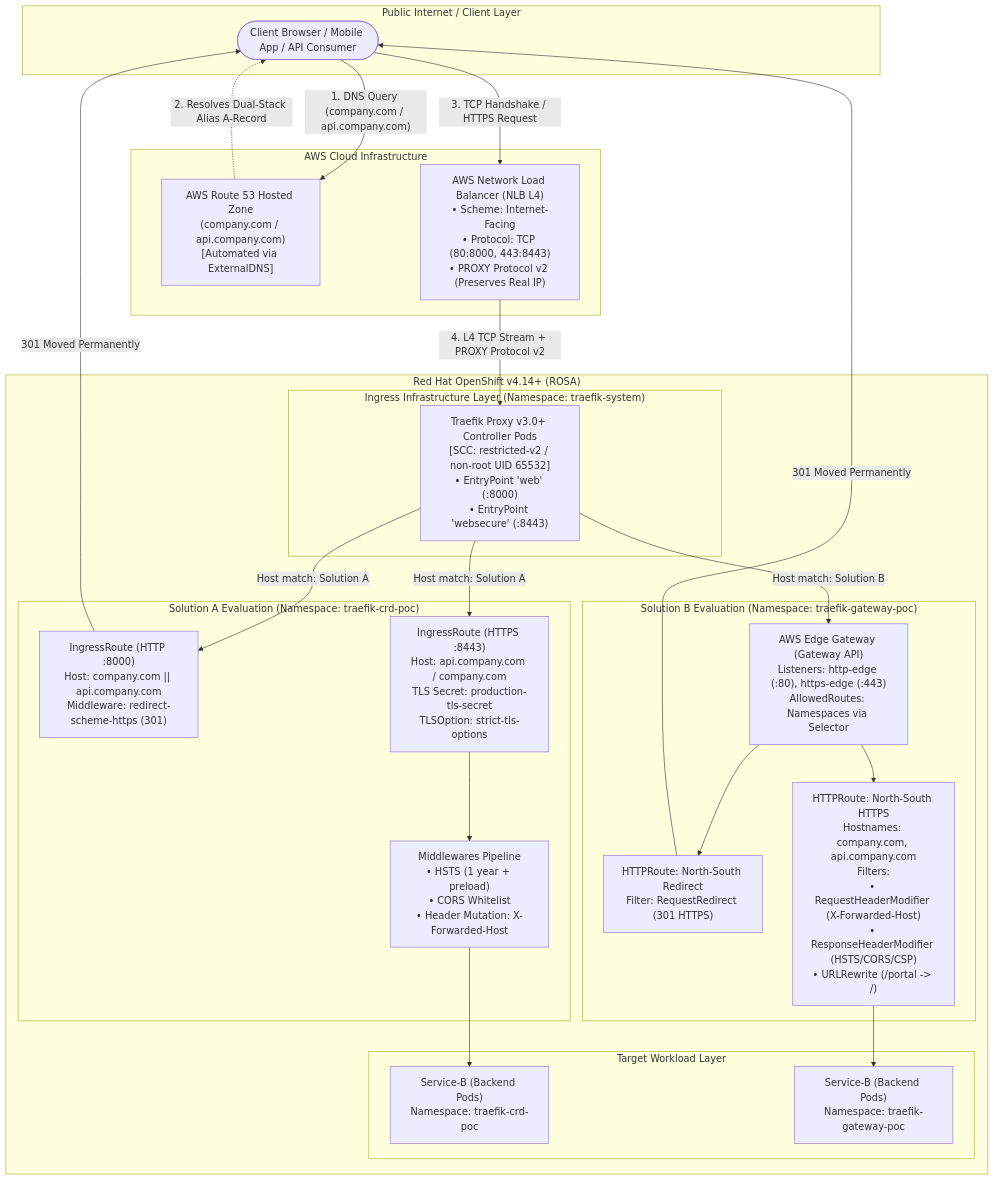
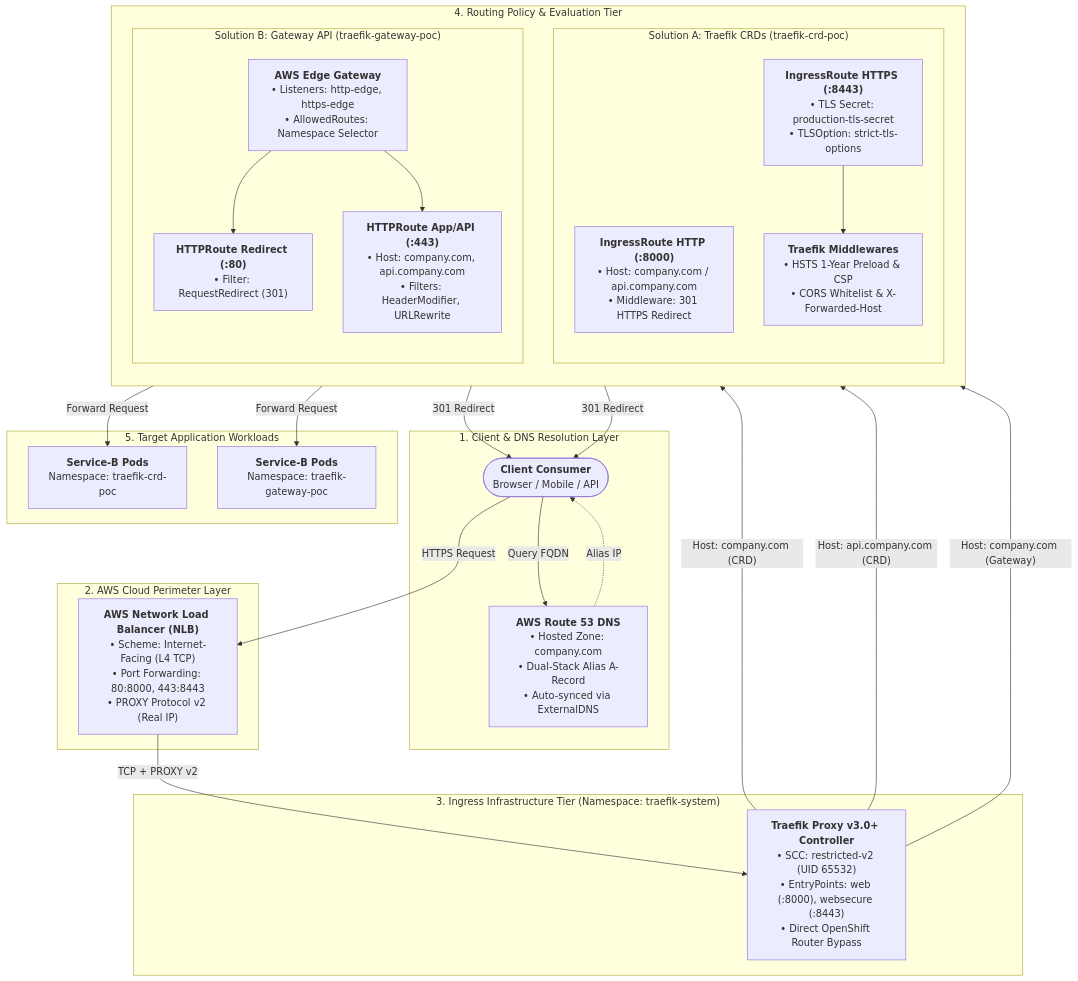
The first of 2 diagrams in README.md (nubenetes/traefik-fqdn-management-poc-openshift-aws), drawn with Mermaid before and after one commit. The commit also changed other lines of this file, not shown here.

Commit message:
fix(mermaid): harmonize all repo Mermaid diagrams with tiered responsive layouts and no text clipping

````diff
--- a/README.md
+++ b/README.md
@@ -102,51 +102,55 @@
 ```mermaid
 flowchart TD
-    subgraph Internet ["Public Internet / Client Layer"]
-        User(["Client Browser / Mobile App / API Consumer"])
+    subgraph Client_Layer ["1. Client & DNS Resolution Layer"]
+        User(["<b>Client Consumer</b><br/>Browser / Mobile / API"])
+        R53["<b>AWS Route 53 DNS</b><br/>• Hosted Zone: company.com<br/>• Dual-Stack Alias A-Record<br/>• Auto-synced via ExternalDNS"]
     end
 
-    subgraph AWS_Cloud ["AWS Cloud Infrastructure"]
-        R53["AWS Route 53 Hosted Zone<br/>(company.com / api.company.com)<br/>[Automated via ExternalDNS]"]
-        NLB["AWS Network Load Balancer (NLB L4)<br/>• Scheme: Internet-Facing<br/>• Protocol: TCP (80:8000, 443:8443)<br/>• PROXY Protocol v2 (Preserves Real IP)"]
+    subgraph AWS_Edge ["2. AWS Cloud Perimeter Layer"]
+        NLB["<b>AWS Network Load Balancer (NLB)</b><br/>• Scheme: Internet-Facing (L4 TCP)<br/>• Port Forwarding: 80:8000, 443:8443<br/>• PROXY Protocol v2 (Real IP)"]
     end
 
-    subgraph OpenShift_Cluster ["Red Hat OpenShift v4.14+ (ROSA)"]
-        subgraph Ingress_Tier ["Ingress Infrastructure Layer (Namespace: traefik-system)"]
-            Traefik["Traefik Proxy v3.0+ Controller Pods<br/>[SCC: restricted-v2 / non-root UID 65532]<br/>• EntryPoint 'web' (:8000)<br/>• EntryPoint 'websecure' (:8443)"]
+    subgraph Ingress_Core ["3. Ingress Infrastructure Tier (Namespace: traefik-system)"]
+        Traefik["<b>Traefik Proxy v3.0+ Controller</b><br/>• SCC: restricted-v2 (UID 65532)<br/>• EntryPoints: web (:8000), websecure (:8443)<br/>• Direct OpenShift Router Bypass"]
+    end
+
+    subgraph Routing_Engines ["4. Routing Policy & Evaluation Tier"]
+        direction TB
+
+        subgraph SolA_Flow ["Solution A: Traefik CRDs (traefik-crd-poc)"]
+            direction TB
+            IR_HTTP["<b>IngressRoute HTTP (:8000)</b><br/>• Host: company.com / api.company.com<br/>• Middleware: 301 HTTPS Redirect"]
+            IR_HTTPS["<b>IngressRoute HTTPS (:8443)</b><br/>• TLS Secret: production-tls-secret<br/>• TLSOption: strict-tls-options"]
+            MW["<b>Traefik Middlewares</b><br/>• HSTS 1-Year Preload & CSP<br/>• CORS Whitelist & X-Forwarded-Host"]
+            IR_HTTPS --> MW
         end
 
-        subgraph Solution_A ["Solution A Evaluation (Namespace: traefik-crd-poc)"]
-            IR_HTTP["IngressRoute (HTTP :8000)<br/>Host: company.com || api.company.com<br/>Middleware: redirect-scheme-https (301)"]
-            IR_HTTPS["IngressRoute (HTTPS :8443)<br/>Host: api.company.com / company.com<br/>TLS Secret: production-tls-secret<br/>TLSOption: strict-tls-options"]
-            MW["Middlewares Pipeline<br/>• HSTS (1 year + preload)<br/>• CORS Whitelist<br/>• Header Mutation: X-Forwarded-Host"]
-        end
-
-        subgraph Solution_B ["Solution B Evaluation (Namespace: traefik-gateway-poc)"]
-            GW["AWS Edge Gateway (Gateway API)<br/>Listeners: http-edge (:80), https-edge (:443)<br/>AllowedRoutes: Namespaces via Selector"]
-            HR_HTTP["HTTPRoute: North-South Redirect<br/>Filter: RequestRedirect (301 HTTPS)"]
-            HR_HTTPS["HTTPRoute: North-South HTTPS<br/>Hostnames: company.com, api.company.com<br/>Filters:<br/>• RequestHeaderModifier (X-Forwarded-Host)<br/>• ResponseHeaderModifier (HSTS/CORS/CSP)<br/>• URLRewrite (/portal -> /)"]
-        end
-
-        subgraph Workloads ["Target Workload Layer"]
-            ServiceB_A["Service-B (Backend Pods)<br/>Namespace: traefik-crd-poc"]
-            ServiceB_B["Service-B (Backend Pods)<br/>Namespace: traefik-gateway-poc"]
+        subgraph SolB_Flow ["Solution B: Gateway API (traefik-gateway-poc)"]
+            direction TB
+            GW["<b>AWS Edge Gateway</b><br/>• Listeners: http-edge, https-edge<br/>• AllowedRoutes: Namespace Selector"]
+            HR_HTTP["<b>HTTPRoute Redirect (:80)</b><br/>• Filter: RequestRedirect (301)"]
+            HR_HTTPS["<b>HTTPRoute App/API (:443)</b><br/>• Host: company.com, api.company.com<br/>• Filters: HeaderModifier, URLRewrite"]
+            GW --> HR_HTTP
+            GW --> HR_HTTPS
         end
     end
 
-    User -->|"1. DNS Query (company.com / api.company.com)"| R53
-    R53 -.->|"2. Resolves Dual-Stack Alias A-Record"| User
-    User -->|"3. TCP Handshake / HTTPS Request"| NLB
-    NLB -->|"4. L4 TCP Stream + PROXY Protocol v2"| Traefik
+    subgraph Workload_Tier ["5. Target Application Workloads"]
+        ServiceB_A["<b>Service-B Pods</b><br/>Namespace: traefik-crd-poc"]
+        ServiceB_B["<b>Service-B Pods</b><br/>Namespace: traefik-gateway-poc"]
+    end
 
-    Traefik -->|"Host match: Solution A"| IR_HTTP
-    IR_HTTP -->|"301 Moved Permanently"| User
-    Traefik -->|"Host match: Solution A"| IR_HTTPS
-    IR_HTTPS --> MW
-    MW --> ServiceB_A
+    User -->|"Query FQDN"| R53
+    R53 -.->|"Alias IP"| User
+    User -->|"HTTPS Request"| NLB
+    NLB -->|"TCP + PROXY v2"| Traefik
 
-    Traefik -->|"Host match: Solution B"| GW
-    GW --> HR_HTTP
-    HR_HTTP -->|"301 Moved Permanently"| User
-    GW --> HR_HTTPS
-    HR_HTTPS --> ServiceB_B
+    Traefik -->|"Host: company.com (CRD)"| IR_HTTP
+    IR_HTTP -->|"301 Redirect"| User
+    Traefik -->|"Host: api.company.com (CRD)"| IR_HTTPS
+    MW -->|"Forward Request"| ServiceB_A
+
+    Traefik -->|"Host: company.com (Gateway)"| GW
+    HR_HTTP -->|"301 Redirect"| User
+    HR_HTTPS -->|"Forward Request"| ServiceB_B
 ```
````
